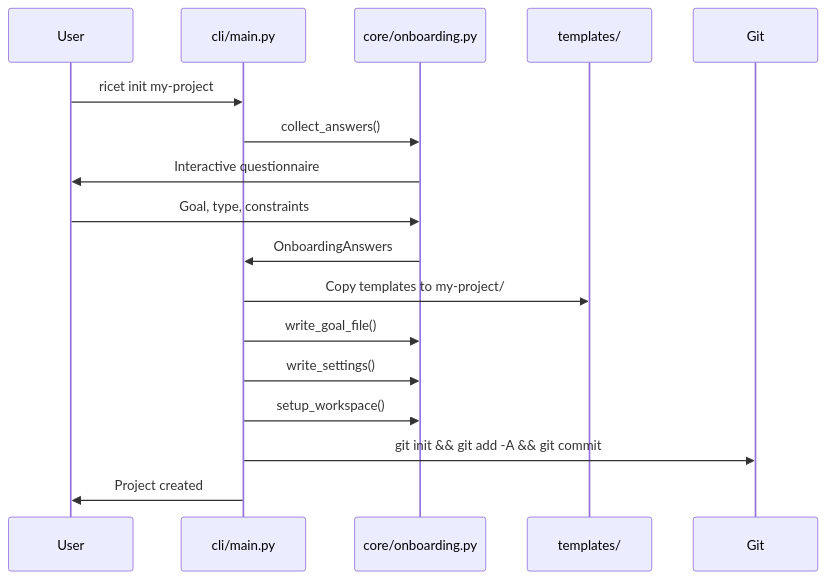
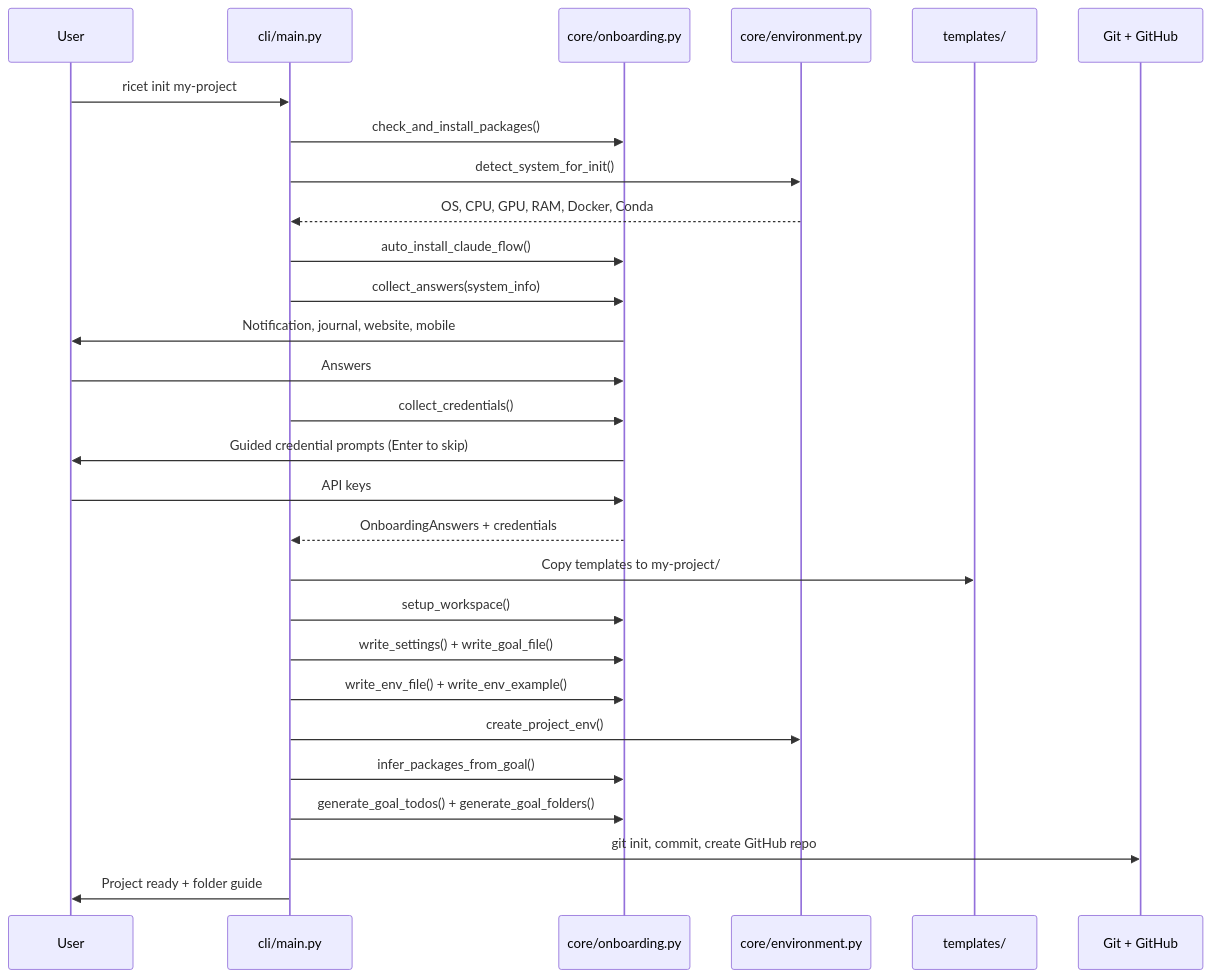
Before and after one commit to lucafusarbassini/research-automation: the third of 7 diagrams in docs/site/architecture.md, drawn with Mermaid. The commit also changed other lines of this file and 53 other files, not shown here.

````diff
--- a/docs/site/architecture.md
+++ b/docs/site/architecture.md
@@ -191,20 +203,31 @@
 ```mermaid
 sequenceDiagram
     participant U as User
     participant CLI as cli/main.py
     participant OB as core/onboarding.py
+    participant ENV as core/environment.py
     participant T as templates/
-    participant G as Git
+    participant G as Git + GitHub
 
     U->>CLI: ricet init my-project
-    CLI->>OB: collect_answers()
-    OB->>U: Interactive questionnaire
-    U->>OB: Goal, type, constraints
-    OB->>CLI: OnboardingAnswers
+    CLI->>OB: check_and_install_packages()
+    CLI->>ENV: detect_system_for_init()
+    ENV-->>CLI: OS, CPU, GPU, RAM, Docker, Conda
+    CLI->>OB: auto_install_claude_flow()
+    CLI->>OB: collect_answers(system_info)
+    OB->>U: Notification, journal, website, mobile
+    U->>OB: Answers
+    CLI->>OB: collect_credentials()
+    OB->>U: Guided credential prompts (Enter to skip)
+    U->>OB: API keys
+    OB-->>CLI: OnboardingAnswers + credentials
     CLI->>T: Copy templates to my-project/
-    CLI->>OB: write_goal_file()
-    CLI->>OB: write_settings()
     CLI->>OB: setup_workspace()
-    CLI->>G: git init && git add -A && git commit
-    CLI->>U: Project created
+    CLI->>OB: write_settings() + write_goal_file()
+    CLI->>OB: write_env_file() + write_env_example()
+    CLI->>ENV: create_project_env()
+    CLI->>OB: infer_packages_from_goal()
+    CLI->>OB: generate_goal_todos() + generate_goal_folders()
+    CLI->>G: git init, commit, create GitHub repo
+    CLI->>U: Project ready + folder guide
 ```
````
